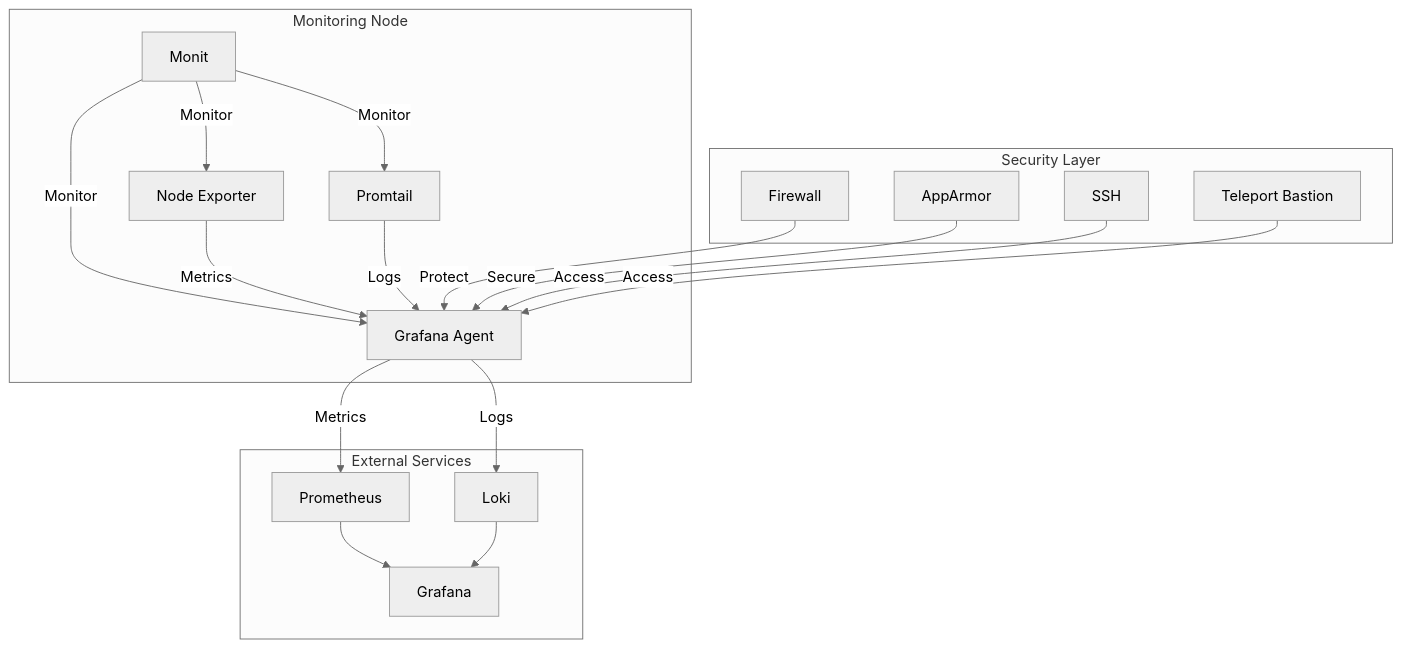
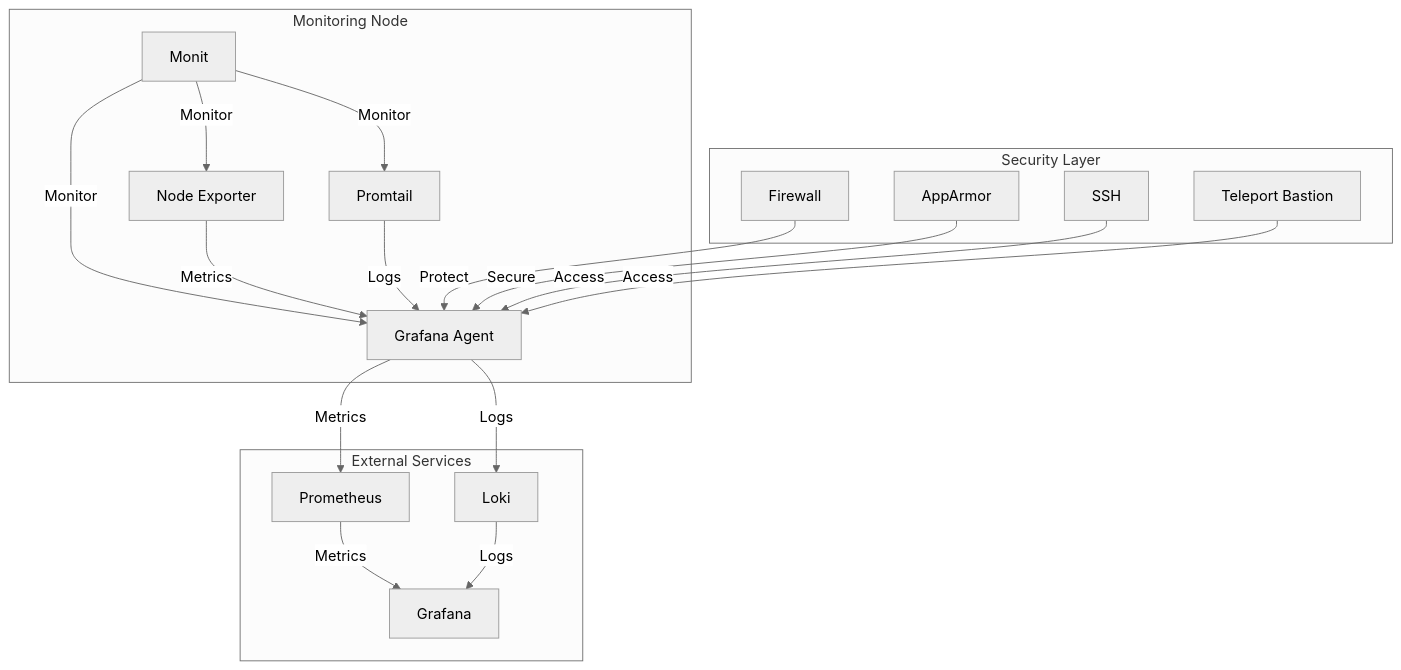
One commit to pampatzoglou/provision-validators changed the first of 2 diagrams in roles/admin/README.md. Above: the diagram before and after it, drawn with Mermaid (neutral theme). The commit also changed 2 other files, not shown here.

Commit message:
update README files

````diff
--- a/roles/admin/README.md
+++ b/roles/admin/README.md
@@ -214,36 +214,36 @@
 ```mermaid
 graph TD
     subgraph Monitoring Node
         A[Node Exporter]
         B[Grafana Agent]
         C[Promtail]
         M[Monit] --> |Monitor| B
         M --> |Monitor| A
         M --> |Monitor| C
     end
 
     subgraph External Services
         D[Prometheus]
         E[Loki]
         F[Grafana]
-        D --> F
-        E --> F
+        D --> |Metrics| F
+        E --> |Logs| F
     end
     
     subgraph Security Layer
         G[Firewall]
         H[AppArmor]
         I[SSH]
         J[Teleport Bastion]
     end
 
     A --> |Metrics| B
     C --> |Logs| B
     B --> |Metrics| D
     B --> |Logs| E
 
     G --> |Protect| B
     H --> |Secure| B
     I --> |Access| B
     J --> |Access| B
 ```
````
